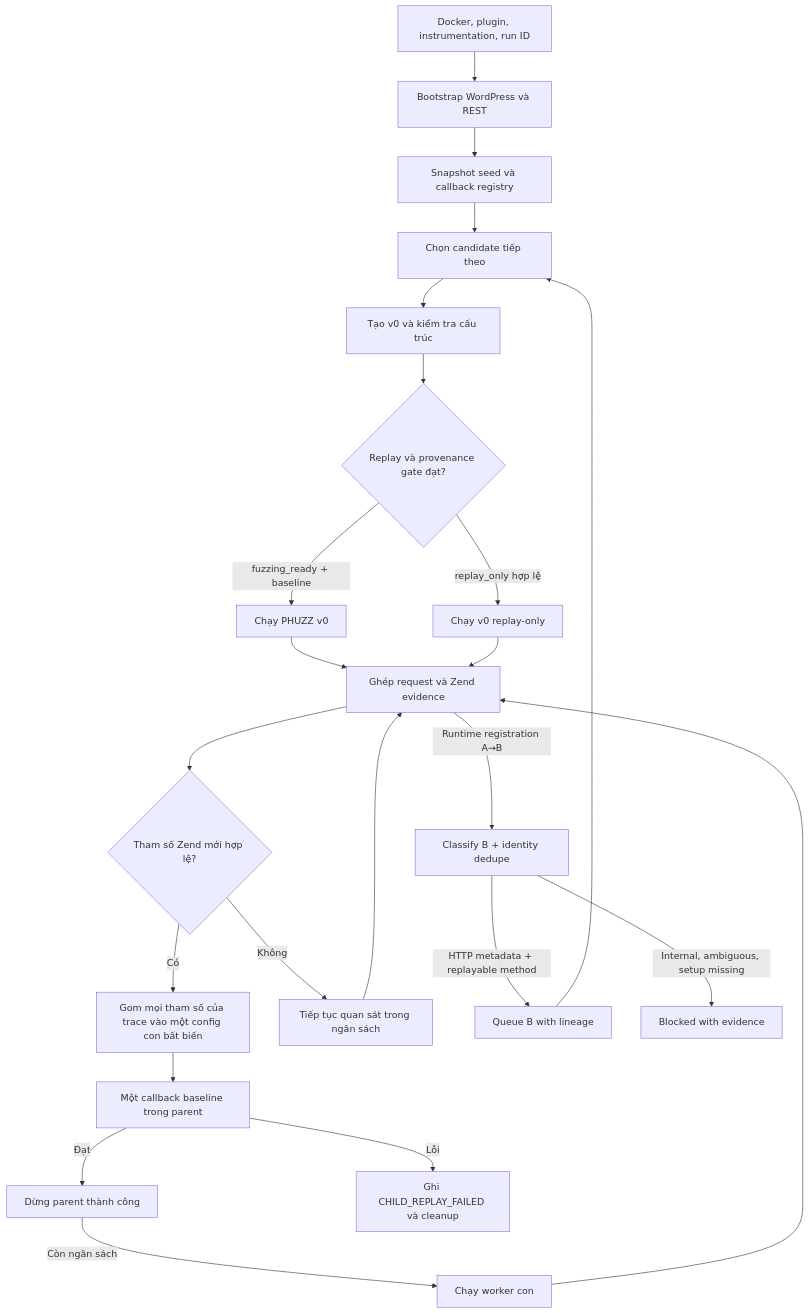
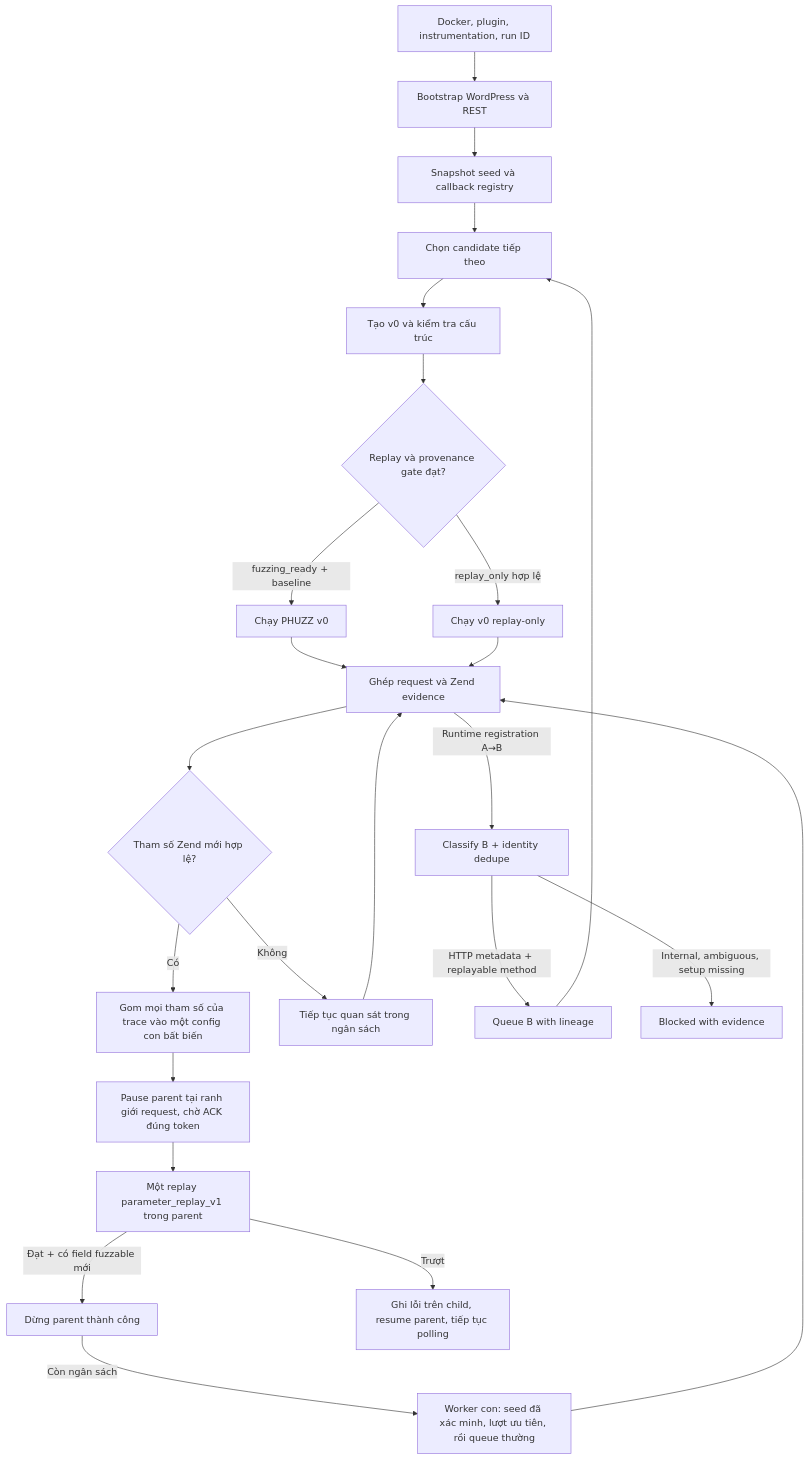
One commit to Harupip/Phuzz-hook changed the diagram in phuzz-main/code/docs/guides/online-linked-flow.md. Above: the diagram before and after it, drawn with Mermaid. The commit also changed other lines of this file and 14 other files, not shown here.

First line of the commit message:
feat(online-linked): pause/ACK handoff, parameter replay policy and priority round

````diff
--- a/phuzz-main/code/docs/guides/online-linked-flow.md
+++ b/phuzz-main/code/docs/guides/online-linked-flow.md
@@ -25,25 +25,26 @@
 ```mermaid
 flowchart TD
     A[Docker, plugin, instrumentation, run ID] --> B[Bootstrap WordPress và REST]
     B --> C[Snapshot seed và callback registry]
     C --> D[Chọn candidate tiếp theo]
     D --> E[Tạo v0 và kiểm tra cấu trúc]
     E --> F{Replay và provenance gate đạt?}
     F -->|fuzzing_ready + baseline| G[Chạy PHUZZ v0]
     F -->|replay_only hợp lệ| H[Chạy v0 replay-only]
     G --> I[Ghép request và Zend evidence]
     H --> I
     I --> J{Tham số Zend mới hợp lệ?}
     J -->|Có| K[Gom mọi tham số của trace vào một config con bất biến]
-    K --> M[Một callback baseline trong parent]
-    M -->|Đạt| L[Dừng parent thành công]
-    L -->|Còn ngân sách| G2[Chạy worker con]
+    K --> P[Pause parent tại ranh giới request, chờ ACK đúng token]
+    P --> M[Một replay parameter_replay_v1 trong parent]
+    M -->|Đạt + có field fuzzable mới| L[Dừng parent thành công]
+    L -->|Còn ngân sách| G2[Worker con: seed đã xác minh, lượt ưu tiên, rồi queue thường]
     G2 --> I
-    M -->|Lỗi| R[Ghi CHILD_REPLAY_FAILED và cleanup]
+    M -->|Trượt| R[Ghi lỗi trên child, resume parent, tiếp tục polling]
     J -->|Không| N[Tiếp tục quan sát trong ngân sách]
     N --> I
     I -->|Runtime registration A→B| X[Classify B + identity dedupe]
     X -->|HTTP metadata + replayable method| Y[Queue B with lineage]
     X -->|Internal, ambiguous, setup missing| Z[Blocked with evidence]
     Y --> D
 ```
````
